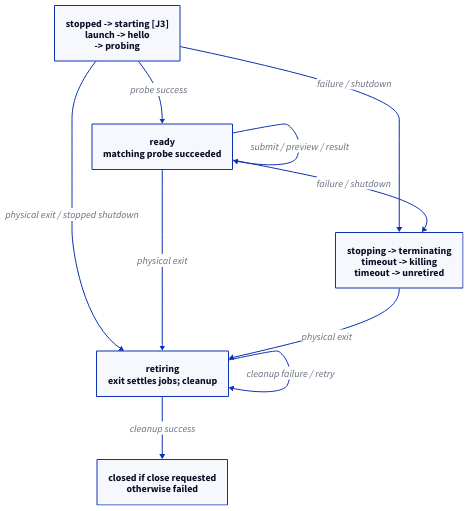
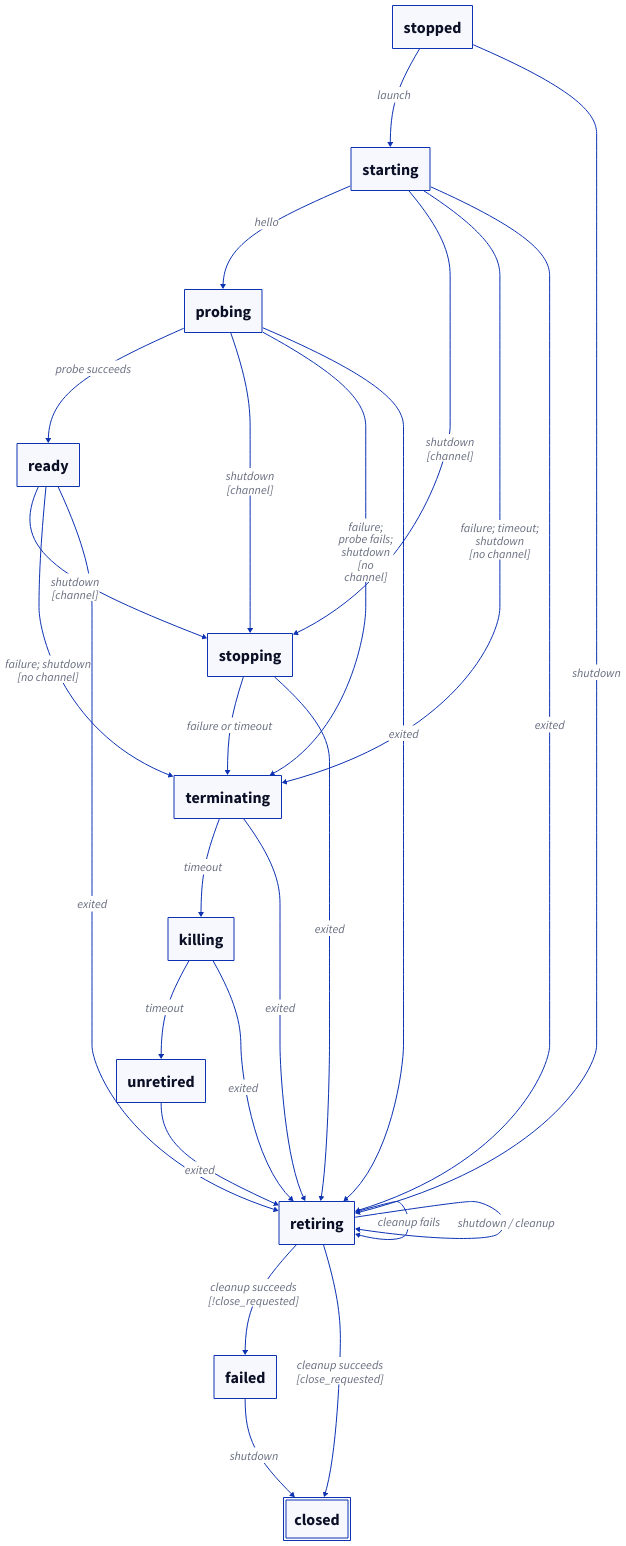
The diagram in products/perceptual-grade-book/docs/book/diagrams/03-helper.d2 (rei277hz/chromaticity), drawn with D2 before and after one commit. The commit also changed 266 other files, not shown here.

```diff
--- a/products/perceptual-grade-book/docs/book/diagrams/03-helper.d2
+++ b/products/perceptual-grade-book/docs/book/diagrams/03-helper.d2
@@ -1,19 +1,45 @@
 direction: down
 
-startup: "stopped -> starting [J3]\nlaunch -> hello\n-> probing"
-ready: "ready\nmatching probe succeeded"
-closing: "stopping -> terminating\ntimeout -> killing\ntimeout -> unretired"
-retiring: "retiring\nexit settles jobs; cleanup"
-done: "closed if close requested\notherwise failed"
-startup -> ready: "probe success"
-startup -> closing: "failure / shutdown"
-ready -> ready: "submit / preview / result"
-ready -> closing: "failure / shutdown"
-startup -> retiring: "physical exit / stopped shutdown"
-ready -> retiring: "physical exit"
-closing -> retiring: "physical exit"
-retiring -> retiring: "cleanup failure / retry"
-retiring -> done: "cleanup success"
+stopped: "stopped"
+starting: "starting"
+probing: "probing"
+ready: "ready"
+stopping: "stopping"
+terminating: "terminating"
+killing: "killing"
+unretired: "unretired"
+retiring: "retiring"
+failed: "failed"
+closed: "closed" {
+  style.double-border: true
+}
 
-**.style.font-size: 20
-(** -> **)[*].style.font-size: 20
+stopped -> starting: "launch"
+starting -> probing: "hello"
+probing -> ready: "probe succeeds"
+starting -> stopping: "shutdown\n[channel]"
+starting -> terminating: "failure; timeout;\nshutdown\n[no channel]"
+probing -> stopping: "shutdown\n[channel]"
+probing -> terminating: "failure;\nprobe fails;\nshutdown\n[no\nchannel]"
+ready -> stopping: "shutdown\n[channel]"
+ready -> terminating: "failure; shutdown\n[no channel]"
+stopping -> terminating: "failure or timeout"
+terminating -> killing: "timeout"
+killing -> unretired: "timeout"
+
+stopped -> retiring: "shutdown"
+starting -> retiring: "exited"
+probing -> retiring: "exited"
+ready -> retiring: "exited"
+stopping -> retiring: "exited"
+terminating -> retiring: "exited"
+unretired -> retiring: "exited"
+killing -> retiring: "exited"
+retiring -> retiring: "cleanup fails"
+retiring -> retiring: "shutdown / cleanup"
+retiring -> failed: "cleanup succeeds\n[!close_requested]"
+retiring -> closed: "cleanup succeeds\n[close_requested]"
+failed -> closed: "shutdown"
+
+**.style.font-size: 32
+(** -> **)[*].style.font-size: 24
```
